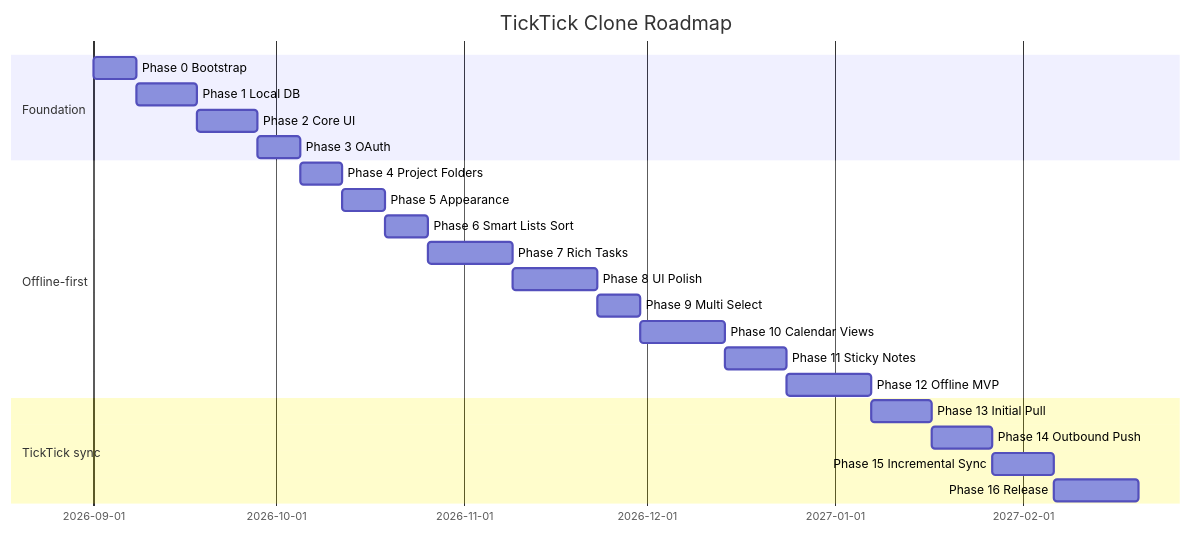
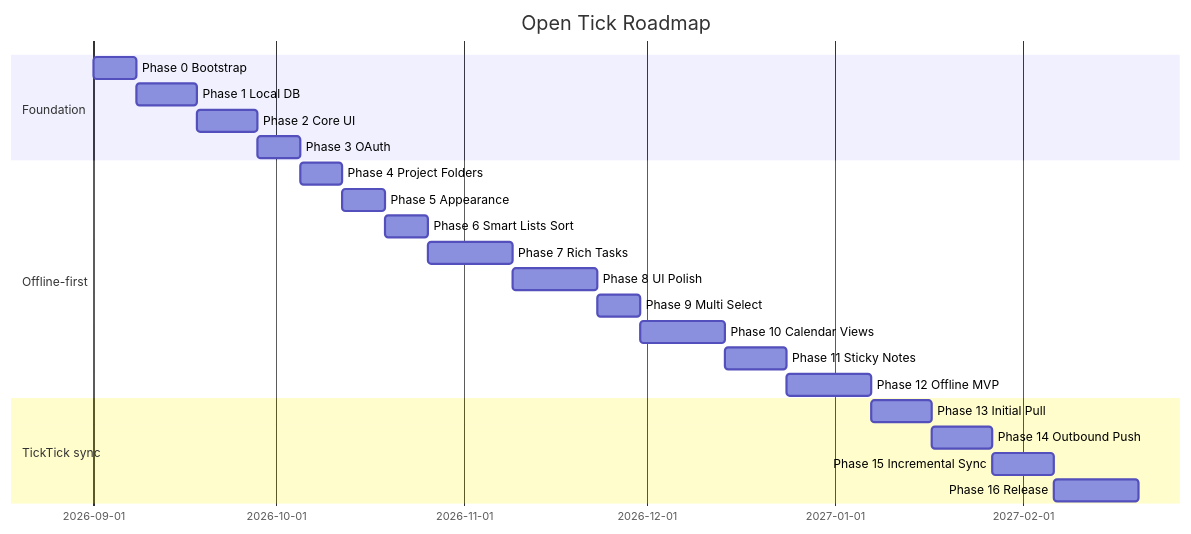
The diagram in docs/ROADMAP.md (Tyomich4736/Open-Tick), drawn with Mermaid before and after one commit. The commit also changed other lines of this file and 18 other files, not shown here.

Commit message:
Project was renamed to "Open Tick"

````diff
--- a/docs/ROADMAP.md
+++ b/docs/ROADMAP.md
@@ -947,25 +947,25 @@
 ```mermaid
 gantt
-    title TickTick Clone Roadmap
+    title Open Tick Roadmap
     dateFormat  YYYY-MM-DD
     section Foundation
     Phase 0 Bootstrap           :p0, 2026-09-01, 7d
     Phase 1 Local DB            :p1, after p0, 10d
     Phase 2 Core UI             :p2, after p1, 10d
     Phase 3 OAuth               :p3, after p2, 7d
     section Offline-first
     Phase 4 Project Folders     :p4, after p3, 7d
     Phase 5 Appearance          :p5, after p4, 7d
     Phase 6 Smart Lists Sort    :p6, after p5, 7d
     Phase 7 Rich Tasks          :p7, after p6, 14d
     Phase 8 UI Polish           :p8, after p7, 14d
     Phase 9 Multi Select        :p9, after p8, 7d
     Phase 10 Calendar Views     :p10, after p9, 14d
     Phase 11 Sticky Notes       :p11, after p10, 10d
     Phase 12 Offline MVP        :p12, after p11, 14d
     section TickTick sync
     Phase 13 Initial Pull       :p13, after p12, 10d
     Phase 14 Outbound Push      :p14, after p13, 10d
     Phase 15 Incremental Sync   :p15, after p14, 10d
     Phase 16 Release            :p16, after p15, 14d
 ```
````
